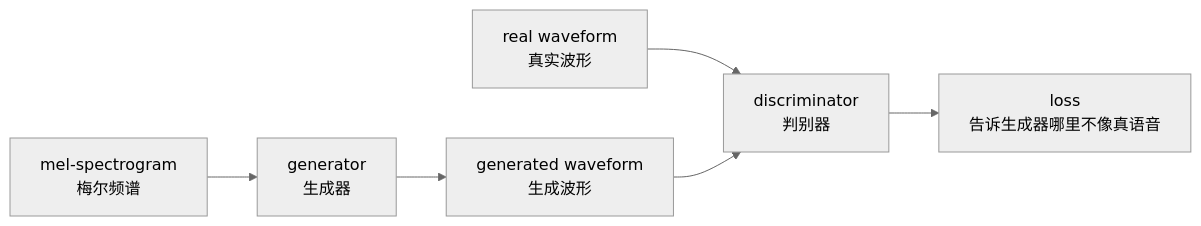
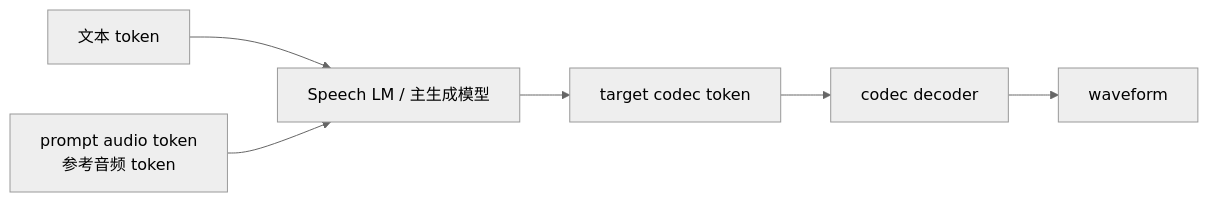
Before and after one commit to dugenkui03/OmniVoice: the fifth of 10 diagrams in books/chapter09_Vocoder与波形生成.md, drawn with Mermaid (neutral theme). The commit also changed other lines of this file and 2 other files, not shown here.

````diff
--- a/books/chapter09_Vocoder与波形生成.md
+++ b/books/chapter09_Vocoder与波形生成.md
@@ -129,8 +253,8 @@
 ```mermaid
 flowchart LR
-    A["mel-spectrogram<br/>梅尔频谱"] --> B["generator<br/>生成器"]
-    B --> C["generated waveform<br/>生成波形"]
-    D["real waveform<br/>真实波形"] --> E["discriminator<br/>判别器"]
-    C --> E
-    E --> F["loss<br/>告诉生成器哪里不像真语音"]
+    A["文本 token"] --> C["Speech LM / 主生成模型"]
+    B["prompt audio token<br/>参考音频 token"] --> C
+    C --> D["target codec token"]
+    D --> E["codec decoder"]
+    E --> F["waveform"]
 ```
````
